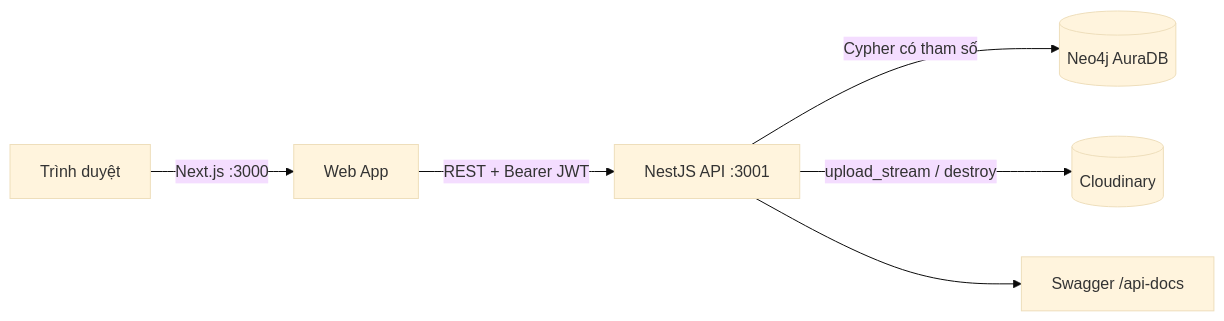
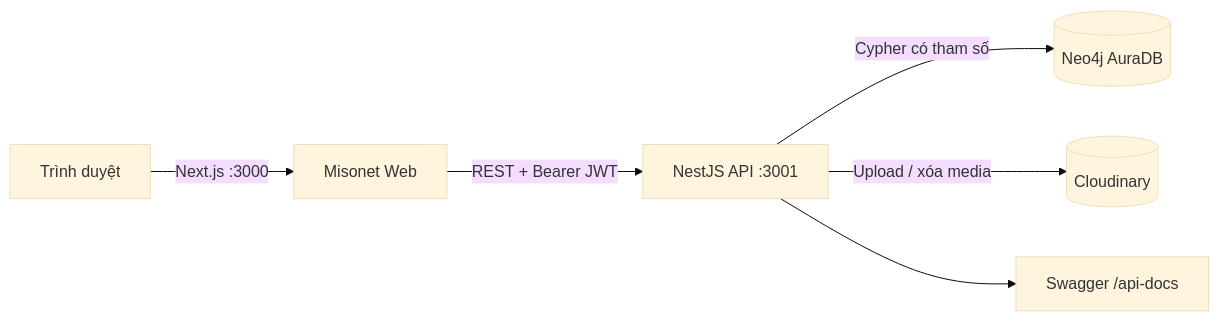
Before and after one commit to hkhvngg/mini-social-network: the first of 2 diagrams in README.md, drawn with Mermaid (base theme). The commit also changed other lines of this file and 107 other files, not shown here.

````diff
--- a/README.md
+++ b/README.md
@@ -9,8 +81,8 @@
 ```mermaid
 flowchart LR
-  U["Trình duyệt"] -->|"Next.js :3000"| W["Web App"]
+  U["Trình duyệt"] -->|"Next.js :3000"| W["Misonet Web"]
   W -->|"REST + Bearer JWT"| A["NestJS API :3001"]
   A -->|"Cypher có tham số"| N[("Neo4j AuraDB")]
-  A -->|"upload_stream / destroy"| C[("Cloudinary")]
-  A --> D["Swagger /api-docs"]
+  A -->|"Upload / xóa media"| C[("Cloudinary")]
+  A --> S["Swagger /api-docs"]
 ```
````
